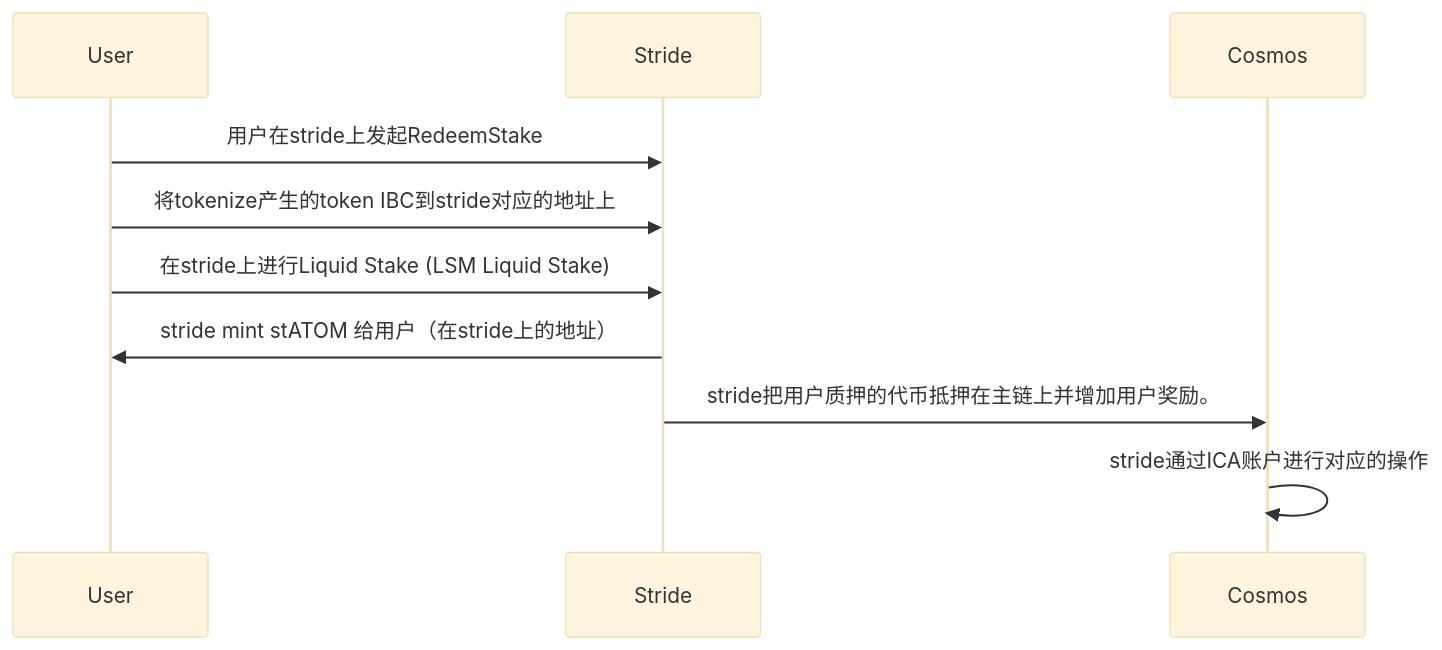
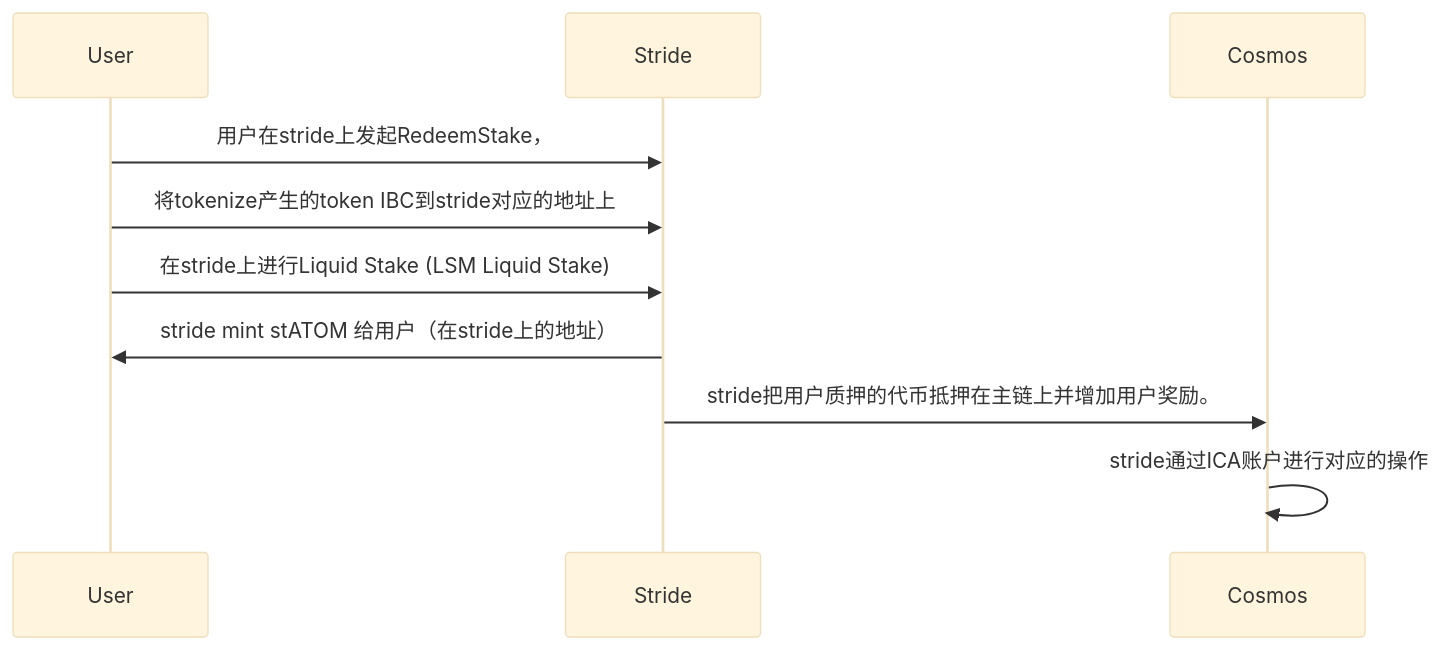
The diagram in all/unbonding.md (yingjianzh/iodraw-files), drawn with Mermaid (base theme) before and after one commit.

Commit message:
2024-03-28 15:01:16 update

````diff
--- a/all/unbonding.md
+++ b/all/unbonding.md
@@ -1,9 +1,9 @@
 ```mermaid
 sequenceDiagram
-    User->>Stride: 用户在stride上发起RedeemStake
+    User->>Stride: 用户在stride上发起RedeemStake，
     User->>Stride: 将tokenize产生的token IBC到stride对应的地址上
     User->>Stride: 在stride上进行Liquid Stake (LSM Liquid Stake)
     Stride->>User: stride mint stATOM 给用户（在stride上的地址）
     Stride->>Cosmos: stride把用户质押的代币抵押在主链上并增加用户奖励。
     Cosmos->>Cosmos: stride通过ICA账户进行对应的操作
 ```
````
